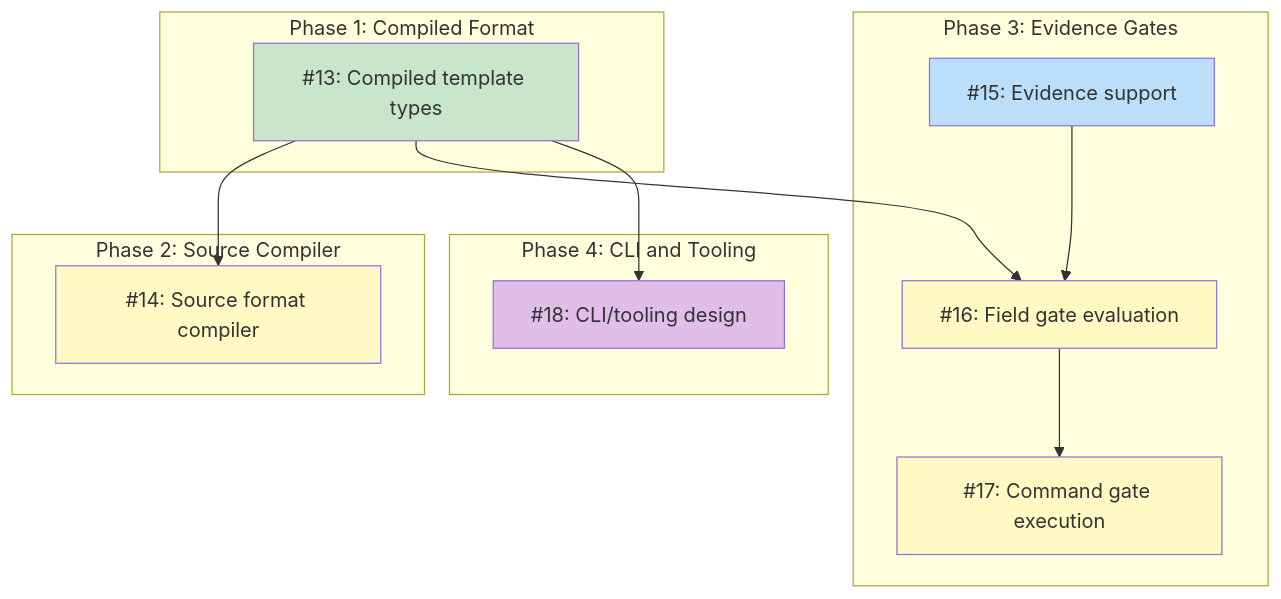
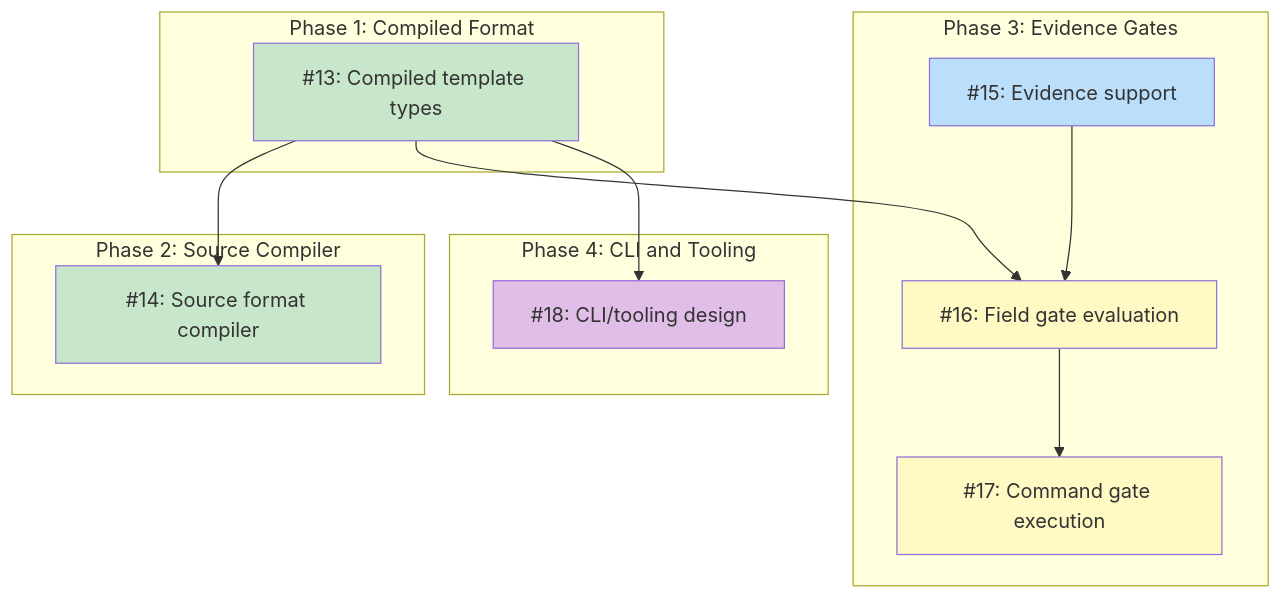
Before and after one commit to tsukumogami/koto: the diagram in docs/designs/DESIGN-koto-template-format.md, drawn with Mermaid. The commit also changed other lines of this file, not shown here.

Commit message:
chore: mark issue #14 complete in design doc

````diff
--- a/docs/designs/DESIGN-koto-template-format.md
+++ b/docs/designs/DESIGN-koto-template-format.md
@@ -51,37 +51,37 @@
 ```mermaid
 graph TD
     subgraph Phase1["Phase 1: Compiled Format"]
         I13["#13: Compiled template types"]
     end
 
     subgraph Phase2["Phase 2: Source Compiler"]
         I14["#14: Source format compiler"]
     end
 
     subgraph Phase3["Phase 3: Evidence Gates"]
         I15["#15: Evidence support"]
         I16["#16: Field gate evaluation"]
         I17["#17: Command gate execution"]
     end
 
     subgraph Phase4["Phase 4: CLI and Tooling"]
         I18["#18: CLI/tooling design"]
     end
 
     I13 --> I14
     I13 --> I16
     I13 --> I18
     I15 --> I16
     I16 --> I17
 
     classDef done fill:#c8e6c9
     classDef ready fill:#bbdefb
     classDef blocked fill:#fff9c4
     classDef needsDesign fill:#e1bee7
     classDef tracksDesign fill:#FFE0B2,stroke:#F57C00,color:#000
 
-    class I13 done
+    class I13,I14 done
     class I15 ready
-    class I14,I16,I17 blocked
+    class I16,I17 blocked
     class I18 needsDesign
 ```
````
